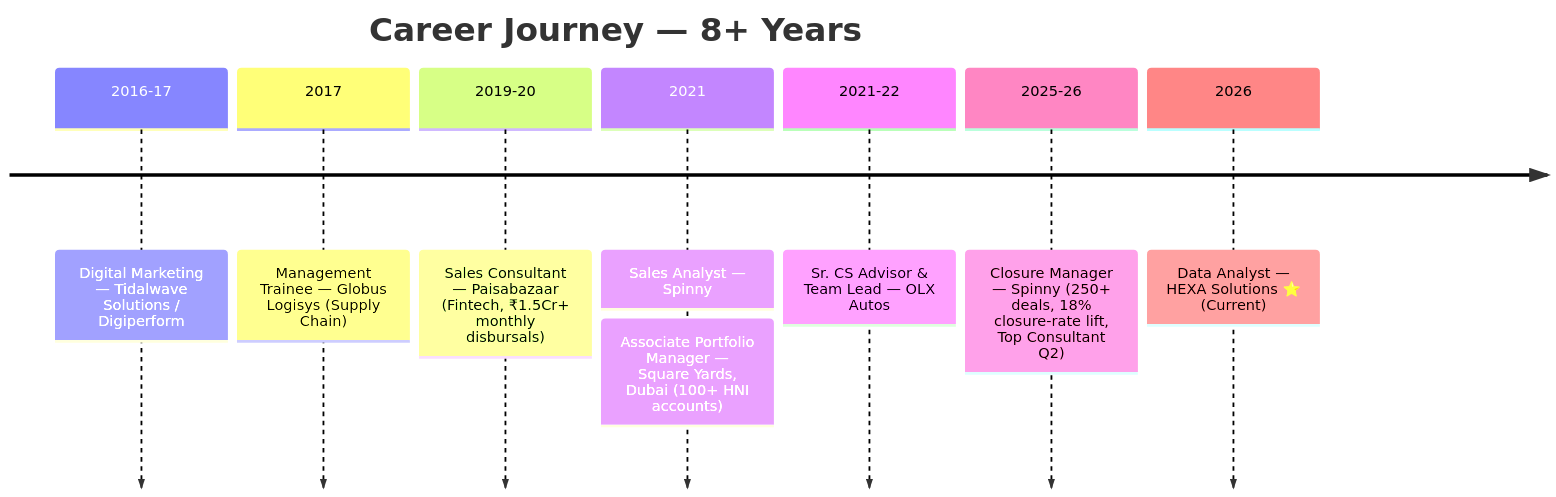
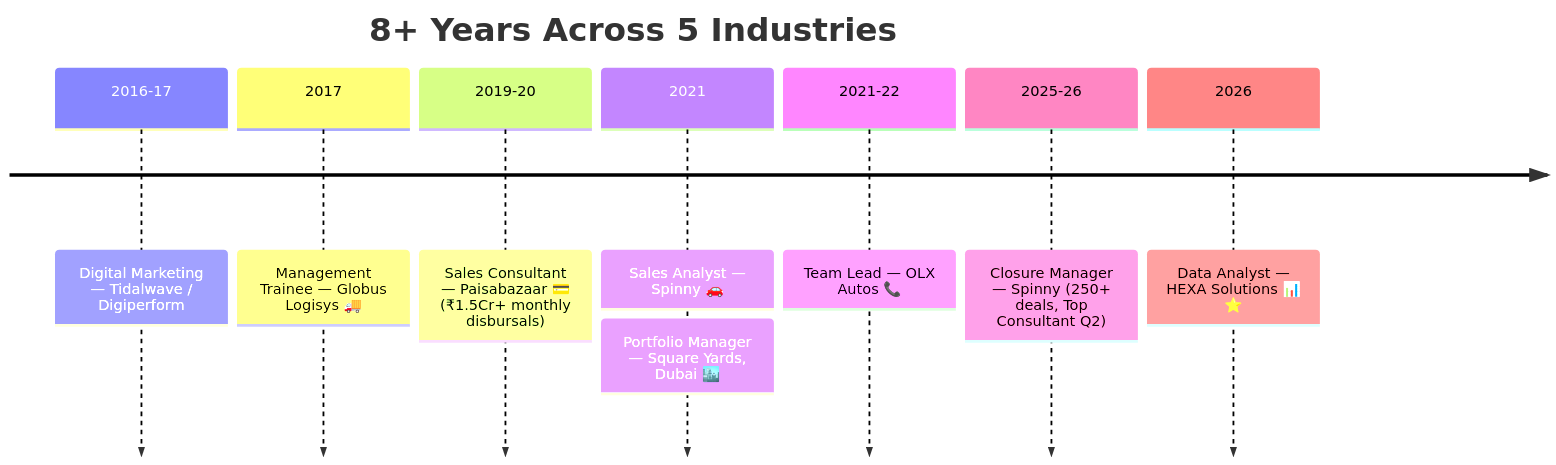
The diagram in README.md (Eswar5313/Eswar5313), drawn with Mermaid before and after one commit. The commit also changed other lines of this file, not shown here.

````diff
--- a/README.md
+++ b/README.md
@@ -185,11 +148,11 @@
 ```mermaid
 timeline
-    title Career Journey — 8+ Years
-    2016-17 : Digital Marketing — Tidalwave Solutions / Digiperform
-    2017 : Management Trainee — Globus Logisys (Supply Chain)
-    2019-20 : Sales Consultant — Paisabazaar (Fintech, ₹1.5Cr+ monthly disbursals)
-    2021 : Sales Analyst — Spinny : Associate Portfolio Manager — Square Yards, Dubai (100+ HNI accounts)
-    2021-22 : Sr. CS Advisor & Team Lead — OLX Autos
-    2025-26 : Closure Manager — Spinny (250+ deals, 18% closure-rate lift, Top Consultant Q2)
-    2026 : Data Analyst — HEXA Solutions ⭐ (Current)
+    title 8+ Years Across 5 Industries
+    2016-17 : Digital Marketing — Tidalwave / Digiperform
+    2017 : Management Trainee — Globus Logisys 🚚
+    2019-20 : Sales Consultant — Paisabazaar 💳 (₹1.5Cr+ monthly disbursals)
+    2021 : Sales Analyst — Spinny 🚗 : Portfolio Manager — Square Yards, Dubai 🏙️
+    2021-22 : Team Lead — OLX Autos 📞
+    2025-26 : Closure Manager — Spinny (250+ deals, Top Consultant Q2)
+    2026 : Data Analyst — HEXA Solutions 📊 ⭐
 ```
````
